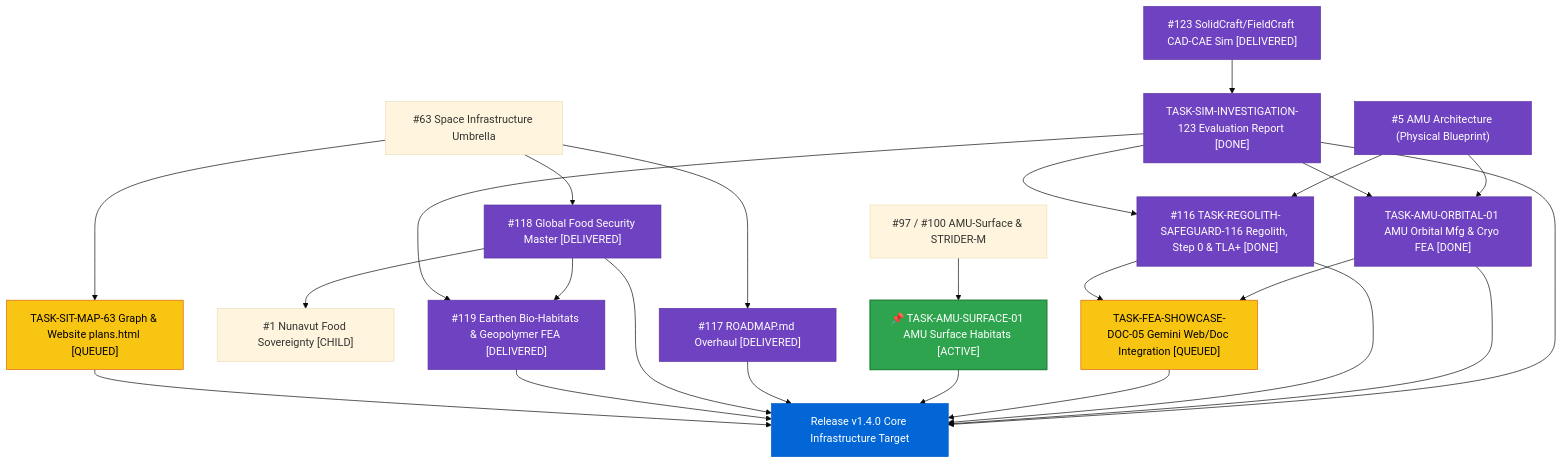
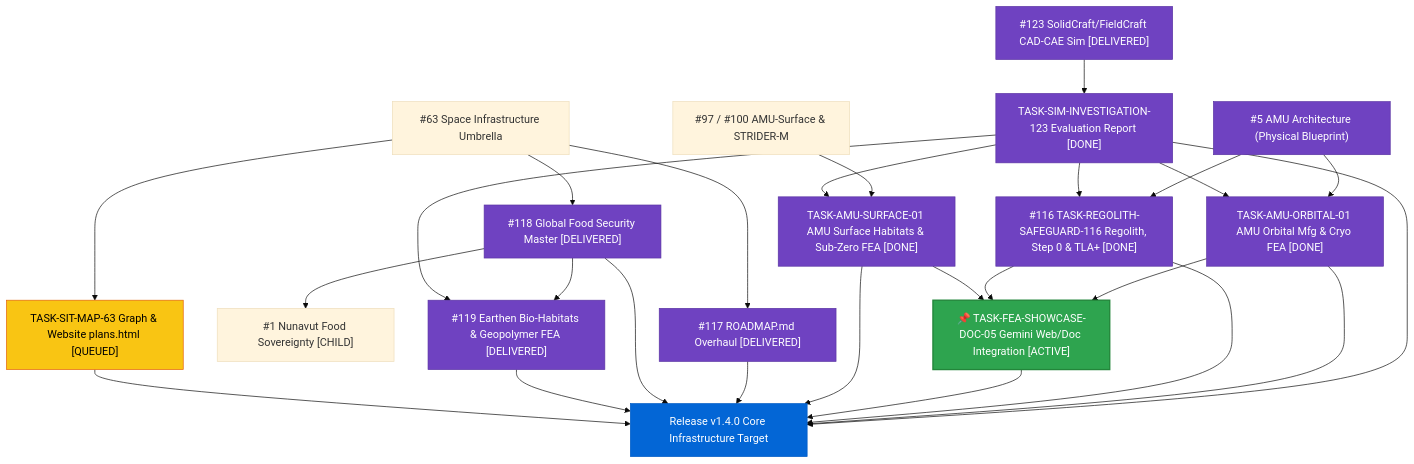
One commit to stellardreams/asi.surge.sh changed the diagram in forward_tasks.md. Above: the diagram before and after it, drawn with Mermaid (base theme). The commit also changed other lines of this file and 7 other files, not shown here.

Commit message:
feat(amu-surface): deliver AMU-Surface blueprint, NEMA 4X/IP68 316L enclosures, sub-zero anti-adfreeze latches & STRIDER-M turret collar coupled FEA (#100, #5, #101, #123)

````diff
--- a/forward_tasks.md
+++ b/forward_tasks.md
@@ -116,47 +97,49 @@
 ```mermaid
 graph TD
     I123["#123 SolidCraft/FieldCraft CAD-CAE Sim [DELIVERED]"] --> T123["TASK-SIM-INVESTIGATION-123 Evaluation Report [DONE]"]
     
     I63["#63 Space Infrastructure Umbrella"] --> I117["#117 ROADMAP.md Overhaul [DELIVERED]"]
     I63 --> I118["#118 Global Food Security Master [DELIVERED]"]
     I118 --> I01["#1 Nunavut Food Sovereignty [CHILD]"]
     I118 --> I119["#119 Earthen Bio-Habitats & Geopolymer FEA [DELIVERED]"]
 
     I05["#5 AMU Architecture (Physical Blueprint)"] --> O01["TASK-AMU-ORBITAL-01 AMU Orbital Mfg & Cryo FEA [DONE]"]
     I05 --> R116["#116 TASK-REGOLITH-SAFEGUARD-116 Regolith, Step 0 & TLA+ [DONE]"]
-    O01 --> D05["TASK-FEA-SHOWCASE-DOC-05 Gemini Web/Doc Integration [QUEUED]"]
+    O01 --> D05["📌 TASK-FEA-SHOWCASE-DOC-05 Gemini Web/Doc Integration [ACTIVE]"]
     R116 --> D05
-    I97["#97 / #100 AMU-Surface & STRIDER-M"] --> S01["📌 TASK-AMU-SURFACE-01 AMU Surface Habitats [ACTIVE]"]
+    I97["#97 / #100 AMU-Surface & STRIDER-M"] --> S01["TASK-AMU-SURFACE-01 AMU Surface Habitats & Sub-Zero FEA [DONE]"]
+    S01 --> D05
     I63 --> M63["TASK-SIT-MAP-63 Graph & Website plans.html [QUEUED]"]
     
     T123 --> I119
     T123 --> O01
     T123 --> R116
+    T123 --> S01
     T123 --> V140["Release v1.4.0 Core Infrastructure Target"]
     O01 --> V140
     R116 --> V140
     D05 --> V140
     S01 --> V140
     I117 --> V140
     I118 --> V140
     I119 --> V140
     M63 --> V140
 
     classDef active fill:#2ea44f,stroke:#22863a,stroke-width:2px,color:#fff;
     classDef queued fill:#f9c513,stroke:#e36209,stroke-width:1px,color:#000;
     classDef target fill:#0366d6,stroke:#005cc5,stroke-width:1px,color:#fff;
     classDef done fill:#6f42c1,stroke:#5a32a3,stroke-width:1px,color:#fff;
 
     class I123 done;
     class T123 done;
     class I119 done;
     class I05 done;
     class O01 done;
     class R116 done;
-    class D05 queued;
-    class S01 active;
+    class D05 active;
+    class S01 done;
     class I117 done;
     class I118 done;
     class M63 queued;
     class V140 target;
 ```
````
